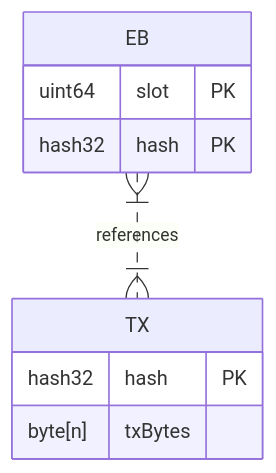
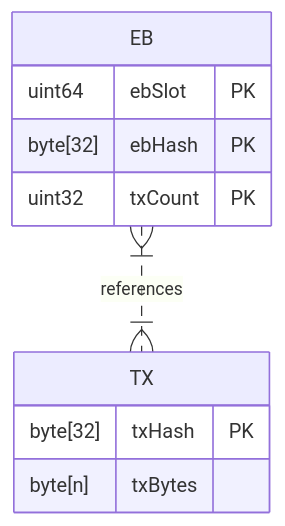
One commit to input-output-hk/ouroboros-leios changed the first of 4 diagrams in docs/leios-design/RelationalStorage.md. Above: the diagram before and after it, drawn with Mermaid. The commit also changed other lines of this file, not shown here.

````diff
--- a/docs/leios-design/RelationalStorage.md
+++ b/docs/leios-design/RelationalStorage.md
@@ -7,14 +9,15 @@
 ```mermaid
 erDiagram
     EB {
-        uint64 slot PK
-        hash32 hash PK
+        uint64 ebSlot PK
+        byte[32] ebHash PK
+        uint32 txCount PK
     }
 
     TX {
-        hash32 hash PK
+        byte[32] txHash PK
         byte[n] txBytes
     }
 
     EB   one or more   optionally to   one or more   TX : references
 ```
````
